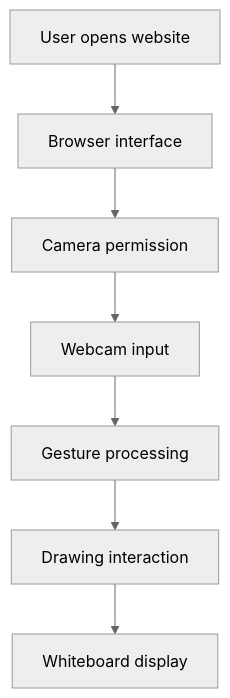
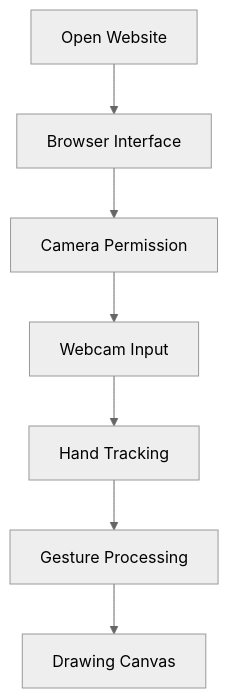
Before and after one commit to ArjunSharma-55/Air-WhiteBoard: the diagram in README.md, drawn with Mermaid (neutral theme). The commit also changed other lines of this file, not shown here.

````diff
--- a/README.md
+++ b/README.md
@@ -101,9 +179,9 @@
 ```mermaid
 flowchart TD
-    A[User opens website] --> B[Browser interface]
-    B --> C[Camera permission]
-    C --> D[Webcam input]
-    D --> E[Gesture processing]
-    E --> F[Drawing interaction]
-    F --> G[Whiteboard display]
+    A[Open Website] --> B[Browser Interface]
+    B --> C[Camera Permission]
+    C --> D[Webcam Input]
+    D --> E[Hand Tracking]
+    E --> F[Gesture Processing]
+    F --> G[Drawing Canvas]
 ```
````
